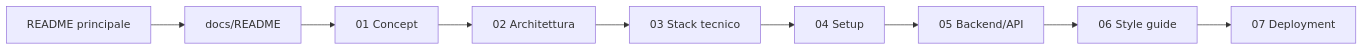
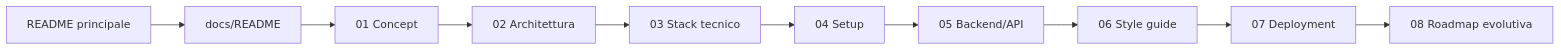
The diagram in docs/README.md (ricpastori/Progetto_Academy_MrDTwice), drawn with Mermaid before and after one commit. The commit also changed other lines of this file and 6 other files, not shown here.

Commit message:
The future roadmap has been incorporated into the project documentation

````diff
--- a/docs/README.md
+++ b/docs/README.md
@@ -22,11 +23,12 @@
 ```mermaid
 flowchart LR
   Readme["README principale"] --> Index["docs/README"]
   Index --> Concept["01 Concept"]
   Concept --> IA["02 Architettura"]
   IA --> Stack["03 Stack tecnico"]
   Stack --> Setup["04 Setup"]
   Setup --> Backend["05 Backend/API"]
   Backend --> Style["06 Style guide"]
   Style --> Deploy["07 Deployment"]
+  Deploy --> Roadmap["08 Roadmap evolutiva"]
 ```
````
